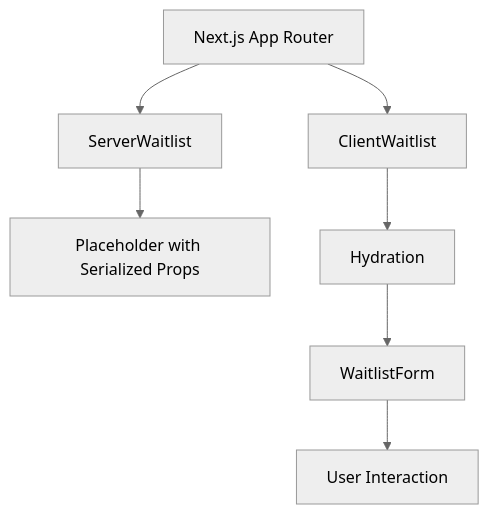
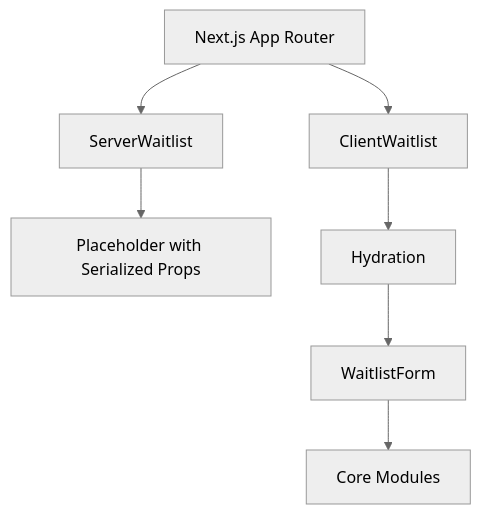
The second of 5 diagrams in docs/architecture.md (pmatheusvinhas/react-waitlist), drawn with Mermaid (neutral theme) before and after one commit. The commit also changed other lines of this file and 40 other files, not shown here.

Commit message:
refactor: implement modular architecture and remove compatibility layer

````diff
--- a/docs/architecture.md
+++ b/docs/architecture.md
@@ -13,9 +50,9 @@
 ```mermaid
 graph TD
     A[Next.js App Router] --> B[ServerWaitlist]
     B --> C[Placeholder with Serialized Props]
     A --> D[ClientWaitlist]
     D --> E[Hydration]
     E --> F[WaitlistForm]
-    F --> G[User Interaction]
+    F --> G[Core Modules]
 ```
````
